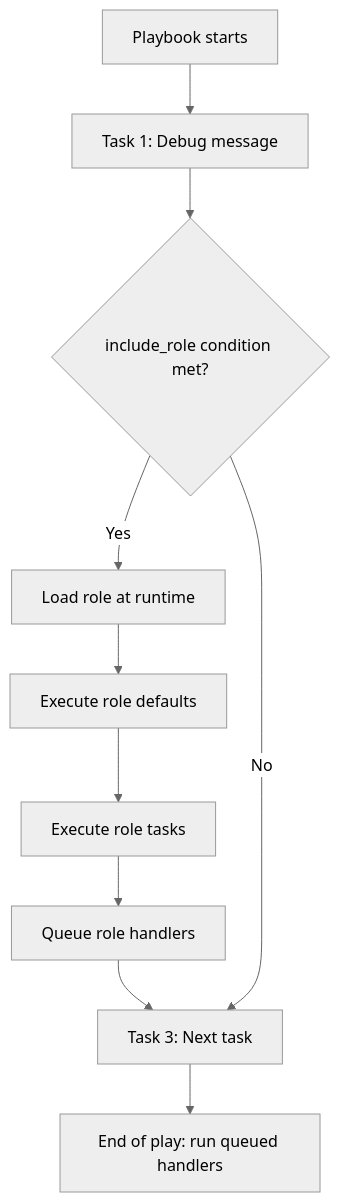
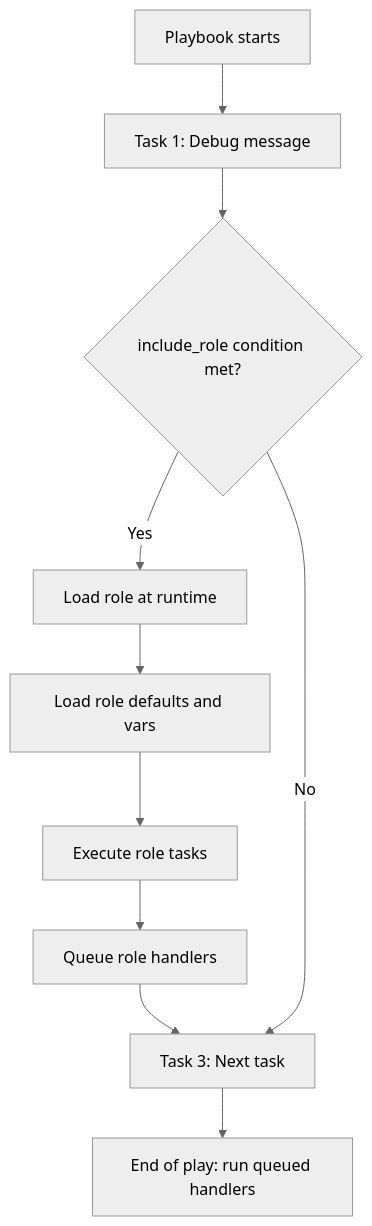
One commit to OneUptime/blog changed the diagram in posts/2026-02-21-how-to-include-roles-dynamically-with-include-role/README.md. Above: the diagram before and after it, drawn with Mermaid (neutral theme). The commit also changed other lines of this file and 2 other files, not shown here.

Commit message:
validate: 2026-02-21-how-to-include-roles-dynamically-with-include-role

````diff
--- a/posts/2026-02-21-how-to-include-roles-dynamically-with-include-role/README.md
+++ b/posts/2026-02-21-how-to-include-roles-dynamically-with-include-role/README.md
@@ -273,12 +274,12 @@
 ```mermaid
 flowchart TD
     A[Playbook starts] --> B[Task 1: Debug message]
     B --> C{include_role condition met?}
     C -->|Yes| D[Load role at runtime]
-    D --> E[Execute role defaults]
+    D --> E[Load role defaults and vars]
     E --> F[Execute role tasks]
     F --> G[Queue role handlers]
     G --> H[Task 3: Next task]
     C -->|No| H
     H --> I[End of play: run queued handlers]
 ```
````
